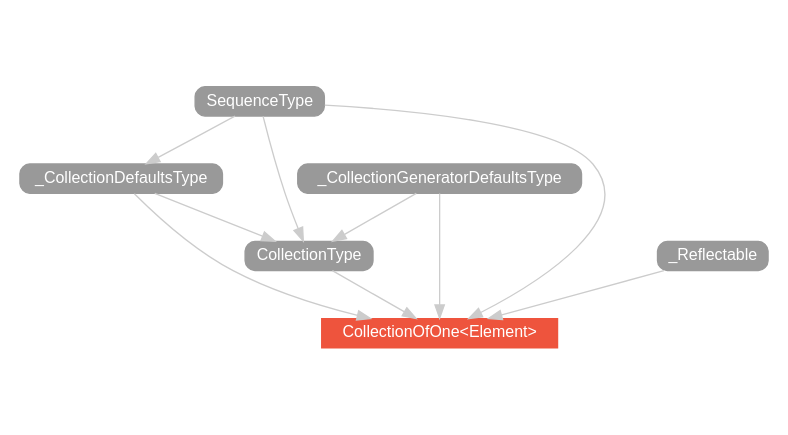
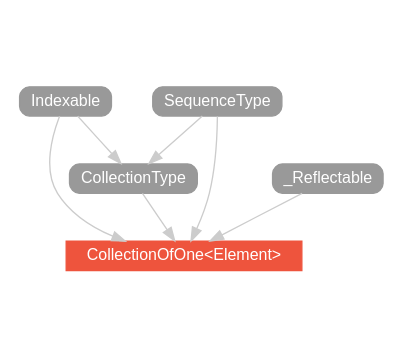
Before and after one commit to SwiftDoc/SwiftDoc.github.io: the diagram in swift-2/type/CollectionOfOne/hierarchy/index.dot, drawn with Graphviz. The commit also changed 1118 other files, not shown here.

```diff
--- a/swift-2/type/CollectionOfOne/hierarchy/index.dot
+++ b/swift-2/type/CollectionOfOne/hierarchy/index.dot
@@ -1,23 +1,18 @@
 strict digraph "CollectionOfOne<Element> - Type Hierarchy - SwiftDoc.org" {
     pad="0.1,0.8"
     node [shape=box, style="filled,rounded", color="#999999", fillcolor="#999999", fontcolor=white, fontname=Helvetica, fontnames="Helvetica,sansserif", fontsize=12, margin="0.07,0.05", height="0.3"]
     edge [color="#cccccc"]
     "CollectionOfOne<Element>" [URL="/type/CollectionOfOne/", style="filled", fillcolor="#ee543d", color="#ee543d"]
     "CollectionType" [URL="/protocol/CollectionType/"]
+    "Indexable" [URL="/protocol/Indexable/"]
     "SequenceType" [URL="/protocol/SequenceType/"]
-    "_CollectionDefaultsType" [URL="/protocol/_CollectionDefaultsType/"]
-    "_CollectionGeneratorDefaultsType" [URL="/protocol/_CollectionGeneratorDefaultsType/"]
     "_Reflectable" [URL="/protocol/_Reflectable/"]    "CollectionType" -> "CollectionOfOne<Element>"
+    "Indexable" -> "CollectionOfOne<Element>"
     "SequenceType" -> "CollectionOfOne<Element>"
-    "_CollectionDefaultsType" -> "CollectionOfOne<Element>"
-    "_CollectionGeneratorDefaultsType" -> "CollectionOfOne<Element>"
     "_Reflectable" -> "CollectionOfOne<Element>"
+    "Indexable" -> "CollectionType"
     "SequenceType" -> "CollectionType"
-    "_CollectionDefaultsType" -> "CollectionType"
-    "_CollectionGeneratorDefaultsType" -> "CollectionType"
-    "SequenceType" -> "_CollectionDefaultsType"
-    "SequenceType" -> "_CollectionDefaultsType"
     subgraph Types {
         rank = max; "CollectionOfOne<Element>";
     }
 }
```
